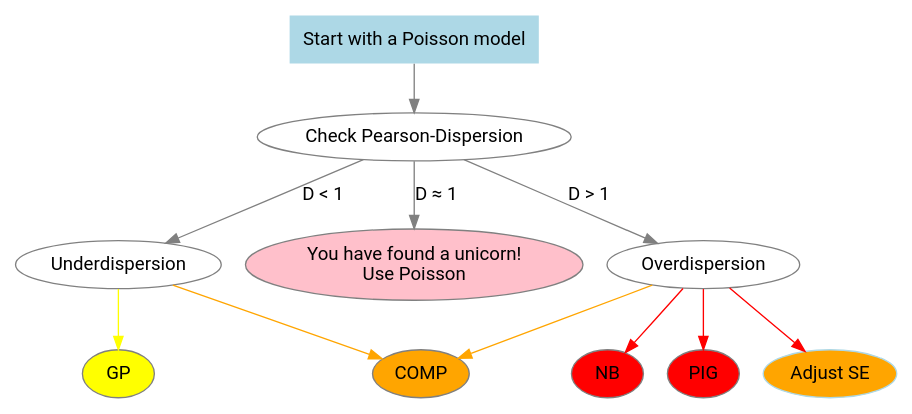
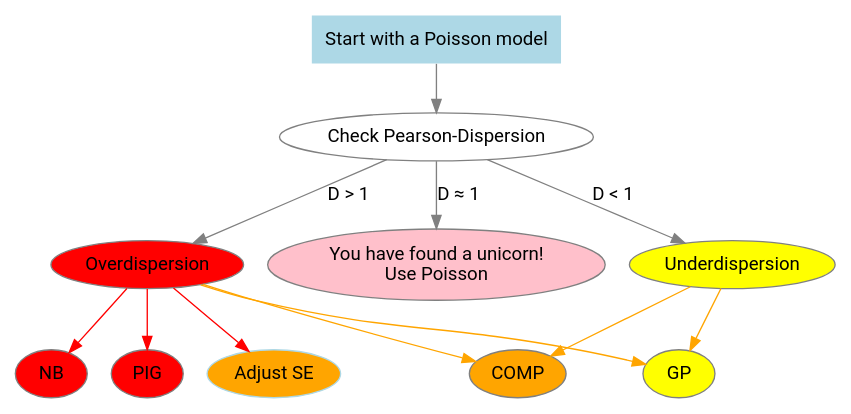
One commit to jemus42/poisson-regression changed the diagram in graphs/decision-guide.dot. Above: the diagram before and after it, drawn with Graphviz. The commit also changed 8 other files, not shown here.

```diff
--- a/graphs/decision-guide.dot
+++ b/graphs/decision-guide.dot
@@ -1,51 +1,51 @@
 digraph decisiontree {
 
 graph [layout = dot]
 
 ################################
 #### Global node attributes ####
 ################################
 node [shape = oval,
       style = filled,
       color = grey,
       fontname = "Roboto"]
 edge [fontname = "Roboto"]
 
 node [fillcolor = white]
 start [label = "Start with a Poisson model",
        shape = plaintext,
        fillcolor = "lightblue"]
 
 ################################
 #### First step             ####
 ################################
 node [fillcolor = white]
 checkdisp [label = "Check Pearson-Dispersion"]
 
-ud [label = "Underdispersion"]
+ud [label = "Underdispersion", fillcolor = "yellow"]
 unicorn [label = "You have found a unicorn!\nUse Poisson", fillcolor = pink]
-od [label = "Overdispersion"]
+od [label = "Overdispersion", fillcolor = "red"]
 
 node [fillcolor = orange]
 
 edge [color = grey]
 start -> checkdisp [label = ""]
 checkdisp -> ud [label = "D < 1"]
 checkdisp -> unicorn [label = "D ≈ 1"]
 checkdisp -> od [label = "D > 1"]
 #unicorn -> start [label = "Use actual Poisson regression"]
 
 node []
 se_adjust [label = "Adjust SE", color = lightblue]
 nbin [label = "NB", fillcolor = red]
 pig [label = "PIG", fillcolor = red]
 cmp [label = "COMP", fillcolor = orange]
 gpois [label = "GP", fillcolor = yellow]
 
 edge [color = red]
 od -> {nbin pig se_adjust}
-edge [color = yellow]
-ud -> gpois
+#edge [color = yellow]
+#ud -> gpois
 edge [color = orange]
-od, ud -> cmp
+od, ud -> {cmp, gpois}
 }
```
